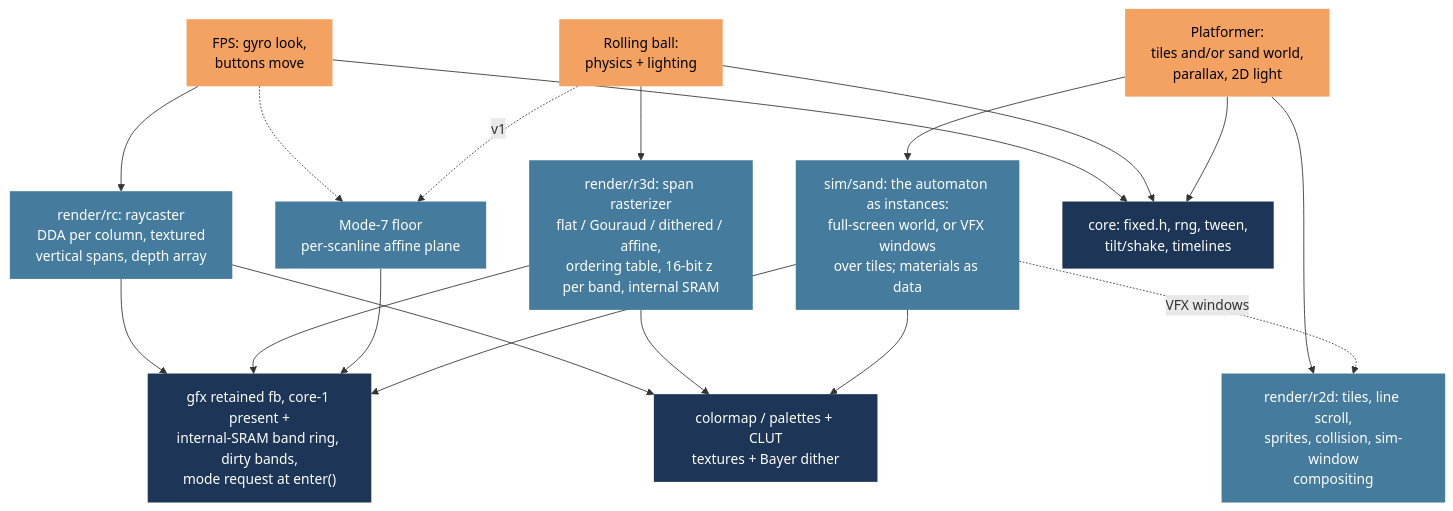
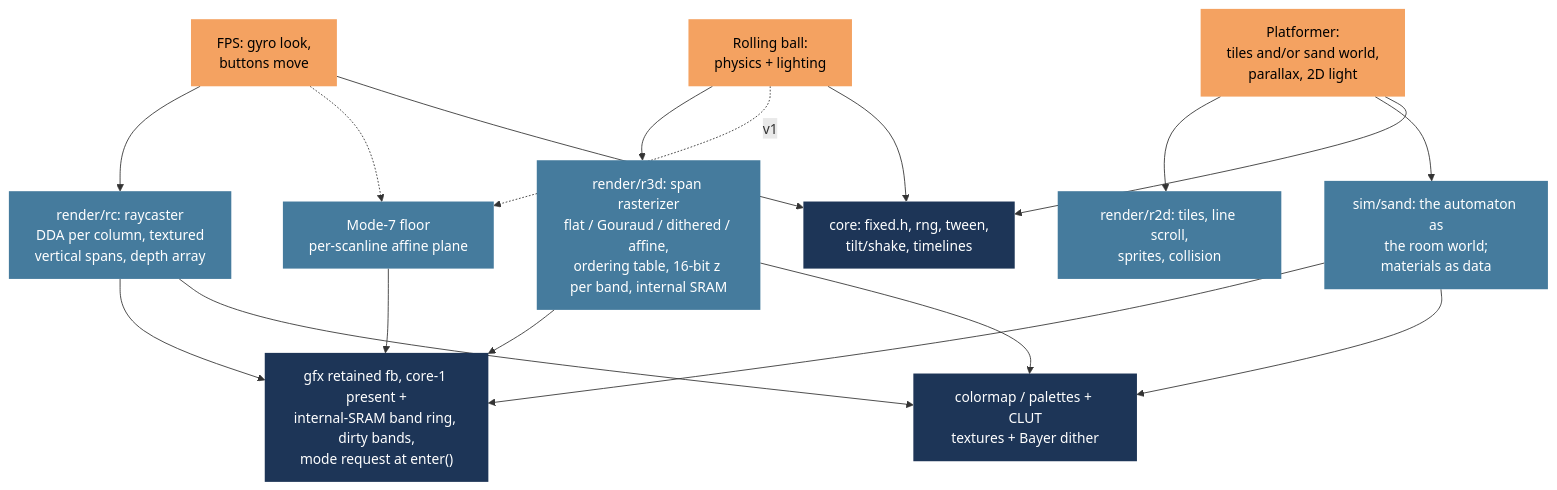
Before and after one commit to jose-villegas/autana: the second of 2 diagrams in docs/plans/Autana-Rendering-Roadmap.md, drawn with Mermaid. The commit also changed other lines of this file, not shown here.

Commit message:
docs: the roadmap drops the sand automaton as windowed VFX and the sand-instance prerequisite

````diff
--- a/docs/plans/Autana-Rendering-Roadmap.md
+++ b/docs/plans/Autana-Rendering-Roadmap.md
@@ -169,38 +167,37 @@
 ```mermaid
 flowchart TB
   classDef game fill:#f4a261,color:#000,stroke:none
   classDef r fill:#457b9d,color:#fff,stroke:none
   classDef core fill:#1d3557,color:#fff,stroke:none
 
   FPS["FPS: gyro look,<br/>buttons move"]:::game
   BALL["Rolling ball:<br/>physics + lighting"]:::game
   PLAT["Platformer:<br/>tiles and/or sand world,<br/>parallax, 2D light"]:::game
 
   RC["render/rc: raycaster<br/>DDA per column, textured<br/>vertical spans, depth array"]:::r
   R3D["render/r3d: span rasterizer<br/>flat / Gouraud / dithered / affine,<br/>ordering table, 16-bit z per band, internal SRAM"]:::r
   M7["Mode-7 floor<br/>per-scanline affine plane"]:::r
-  SPR["render/r2d: tiles, line scroll,<br/>sprites, collision, sim-window<br/>compositing"]:::r
-  SIM["sim/sand: the automaton as instances:<br/>full-screen world, or VFX windows<br/>over tiles; materials as data"]:::r
+  SPR["render/r2d: tiles, line scroll,<br/>sprites, collision"]:::r
+  SIM["sim/sand: the automaton as<br/>the room world;<br/>materials as data"]:::r
 
   GFX["gfx retained fb, core-1 present +<br/>internal-SRAM band ring, dirty bands,<br/>mode request at enter()"]:::core
   CM["colormap / palettes + CLUT<br/>textures + Bayer dither"]:::core
   FX["core: fixed.h, rng, tween,<br/>tilt/shake, timelines"]:::core
 
   FPS --> RC
   FPS -.-> M7
   BALL --> R3D
   BALL -.->|v1| M7
   PLAT --> SPR
   PLAT --> SIM
-  SIM -.->|VFX windows| SPR
   RC --> GFX
   R3D --> GFX
   M7 --> GFX
   SIM --> GFX
   RC --> CM
   R3D --> CM
   SIM --> CM
   FPS --> FX
   BALL --> FX
   PLAT --> FX
 ```
````
